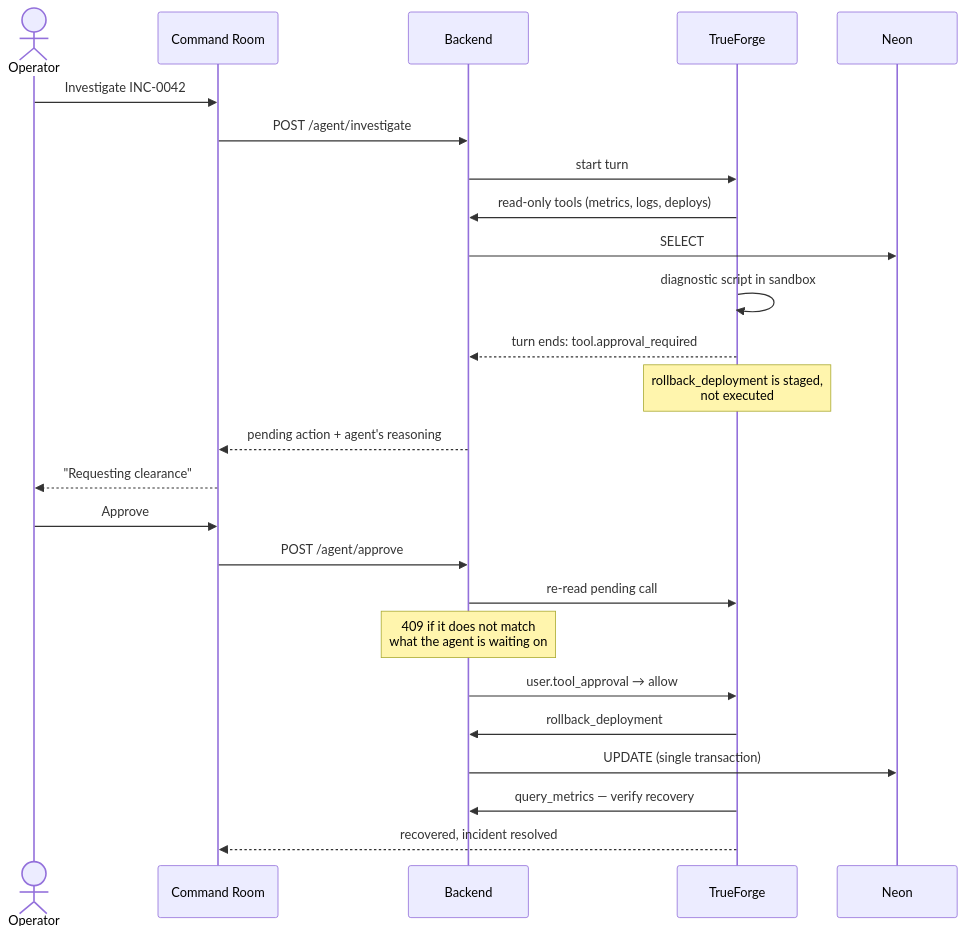
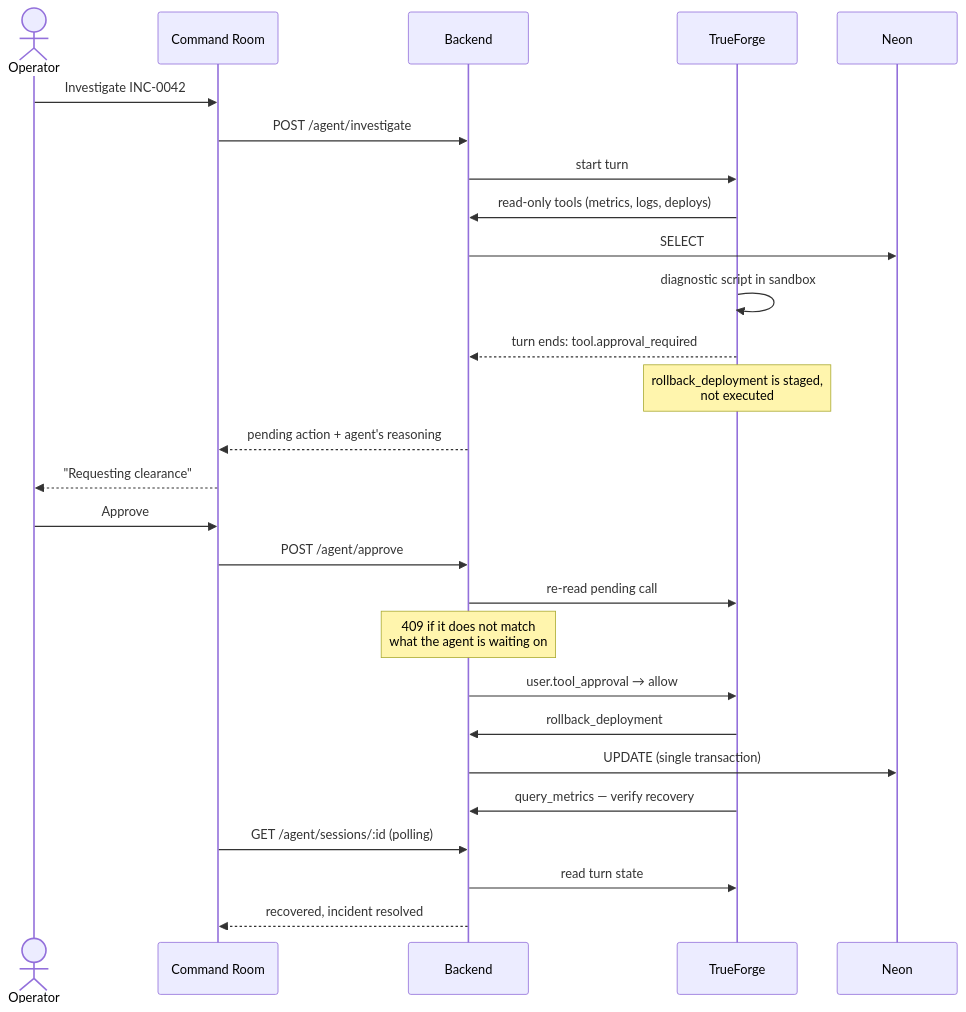
The second of 2 diagrams in README.md (Anamiiikka/Mayday), drawn with Mermaid before and after one commit. The commit also changed other lines of this file and 1 other file, not shown here.

First line of the commit message:
Audit approved actions that get refused, and correct two README claims

````diff
--- a/README.md
+++ b/README.md
@@ -82,29 +82,31 @@
 ```mermaid
 sequenceDiagram
     actor Op as Operator
     participant UI as Command Room
     participant API as Backend
     participant TF as TrueForge
     participant DB as Neon
 
     Op->>UI: Investigate INC-0042
     UI->>API: POST /agent/investigate
     API->>TF: start turn
     TF->>API: read-only tools (metrics, logs, deploys)
     API->>DB: SELECT
     TF->>TF: diagnostic script in sandbox
     TF-->>API: turn ends: tool.approval_required
     Note over TF: rollback_deployment is staged,<br/>not executed
     API-->>UI: pending action + agent's reasoning
     UI-->>Op: "Requesting clearance"
 
     Op->>UI: Approve
     UI->>API: POST /agent/approve
     API->>TF: re-read pending call
     Note over API: 409 if it does not match<br/>what the agent is waiting on
     API->>TF: user.tool_approval → allow
     TF->>API: rollback_deployment
     API->>DB: UPDATE (single transaction)
     TF->>API: query_metrics — verify recovery
-    TF-->>UI: recovered, incident resolved
+    UI->>API: GET /agent/sessions/:id (polling)
+    API->>TF: read turn state
+    API-->>UI: recovered, incident resolved
 ```
````
